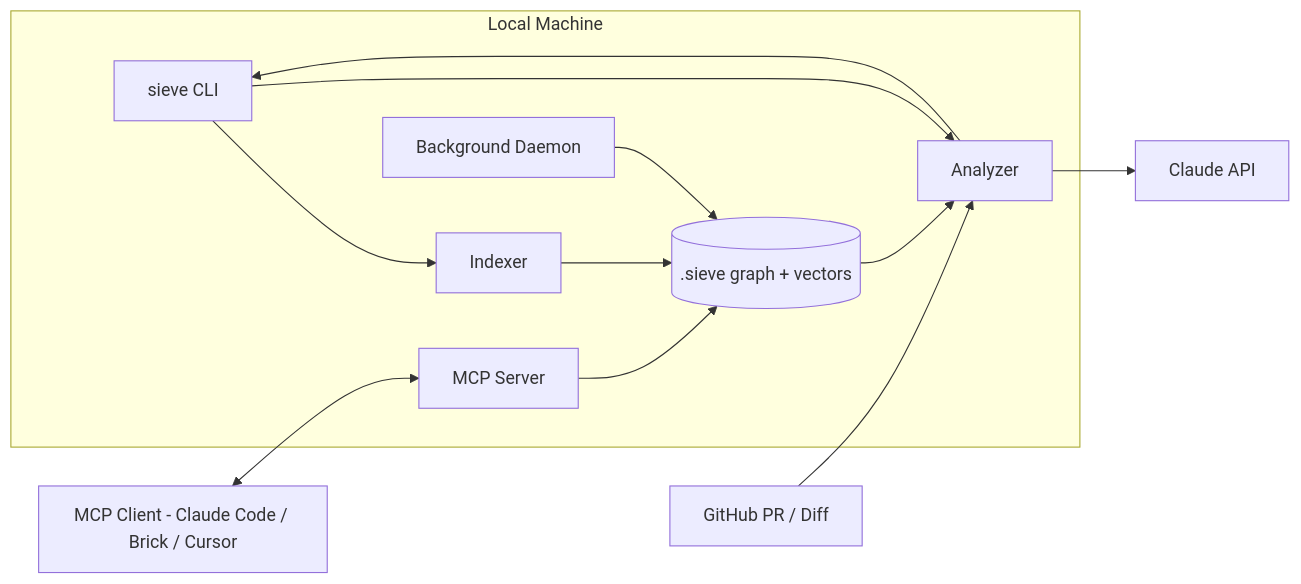
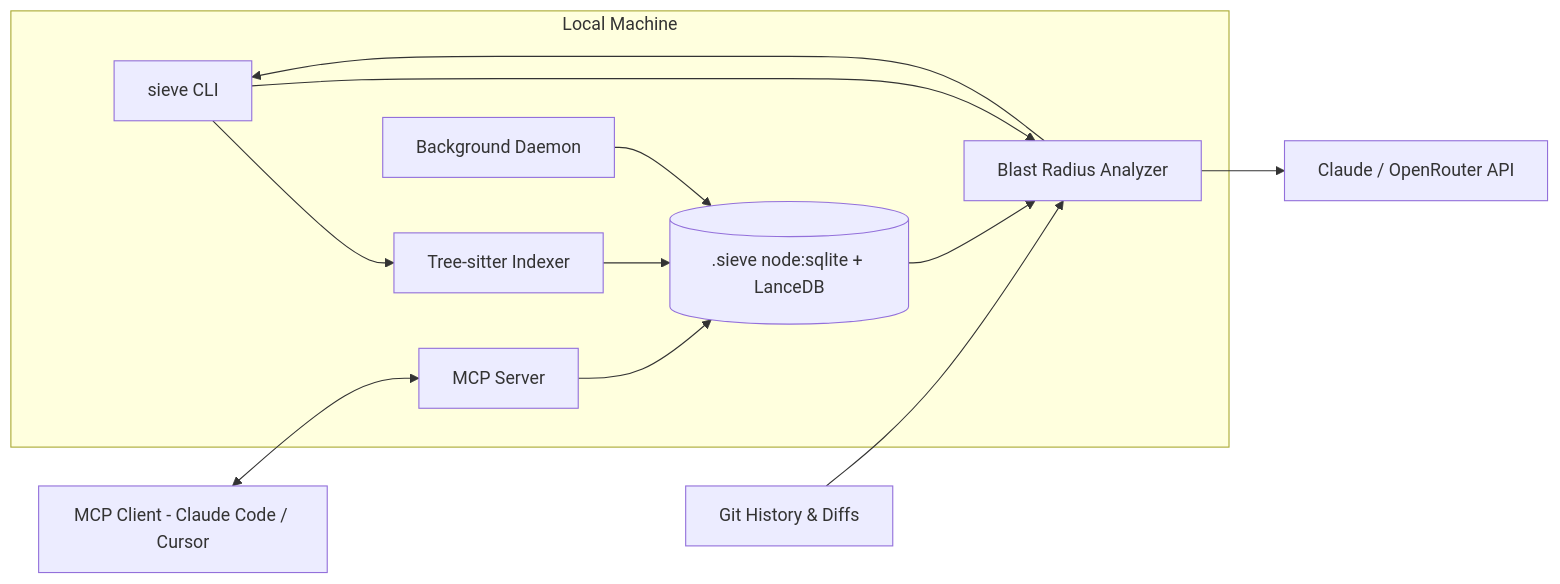
Before and after one commit to arunachalamtoro/PROJECT-SIEVE: the diagram in README.md, drawn with Mermaid. The commit also changed other lines of this file, not shown here.

````diff
--- a/README.md
+++ b/README.md
@@ -67,25 +111,25 @@
 ```mermaid
 flowchart LR
     subgraph Local Machine
         CLI[sieve CLI]
-        Indexer[Indexer]
-        Analyzer[Analyzer]
+        Indexer[Tree-sitter Indexer]
+        Analyzer[Blast Radius Analyzer]
         MCP[MCP Server]
         Daemon[Background Daemon]
-        DB[(.sieve graph + vectors)]
+        DB[(.sieve node:sqlite + LanceDB)]
     end
-    GH[GitHub PR / Diff]
-    Claude[Claude API]
-    Agent[MCP Client - Claude Code / Brick / Cursor]
+    GH[Git History & Diffs]
+    AI[Claude / OpenRouter API]
+    Agent[MCP Client - Claude Code / Cursor]
 
     CLI --> Indexer
     Indexer --> DB
     CLI --> Analyzer
     GH --> Analyzer
     DB --> Analyzer
-    Analyzer --> Claude
+    Analyzer --> AI
     Analyzer --> CLI
     Agent <--> MCP
     MCP --> DB
     Daemon --> DB
 ```
````
